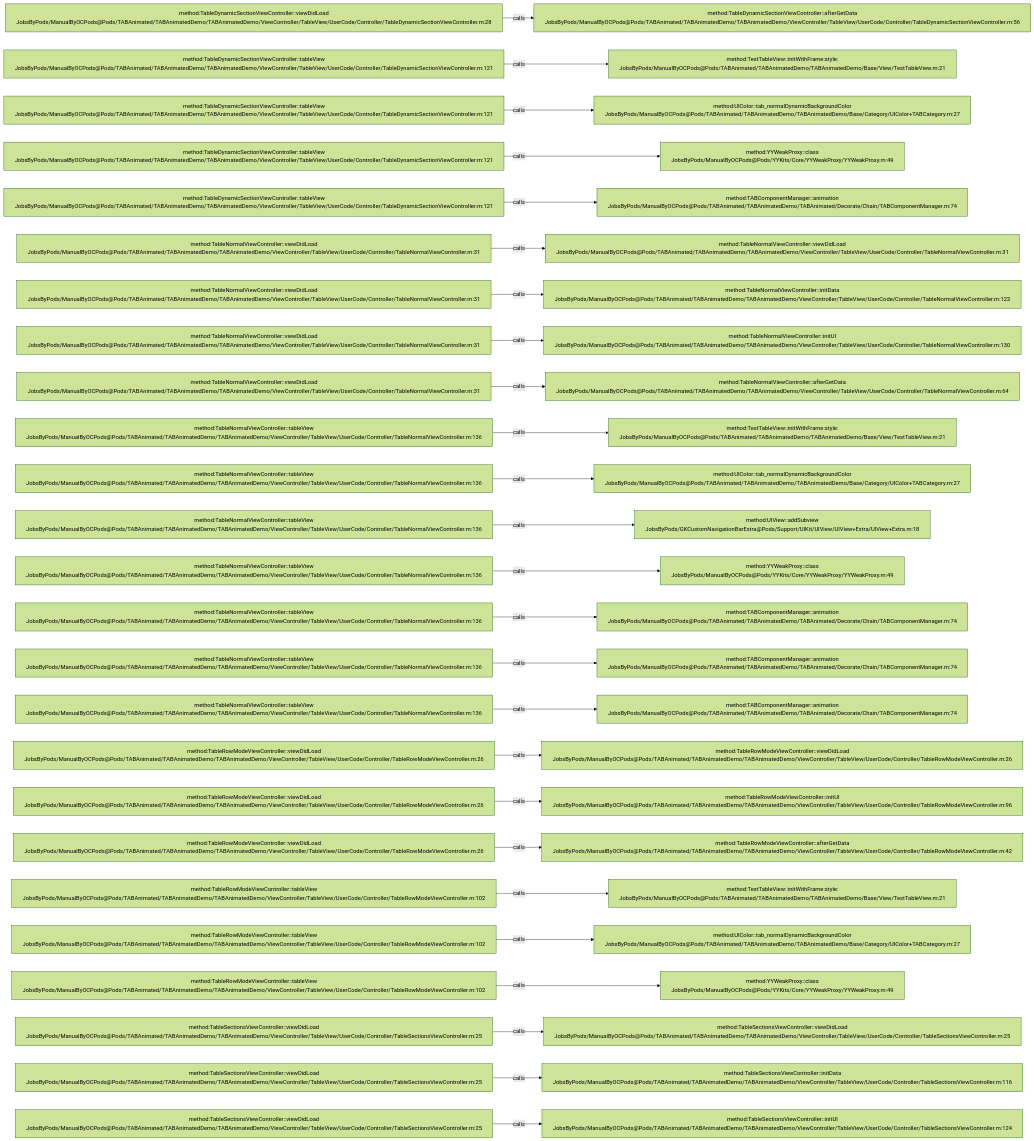
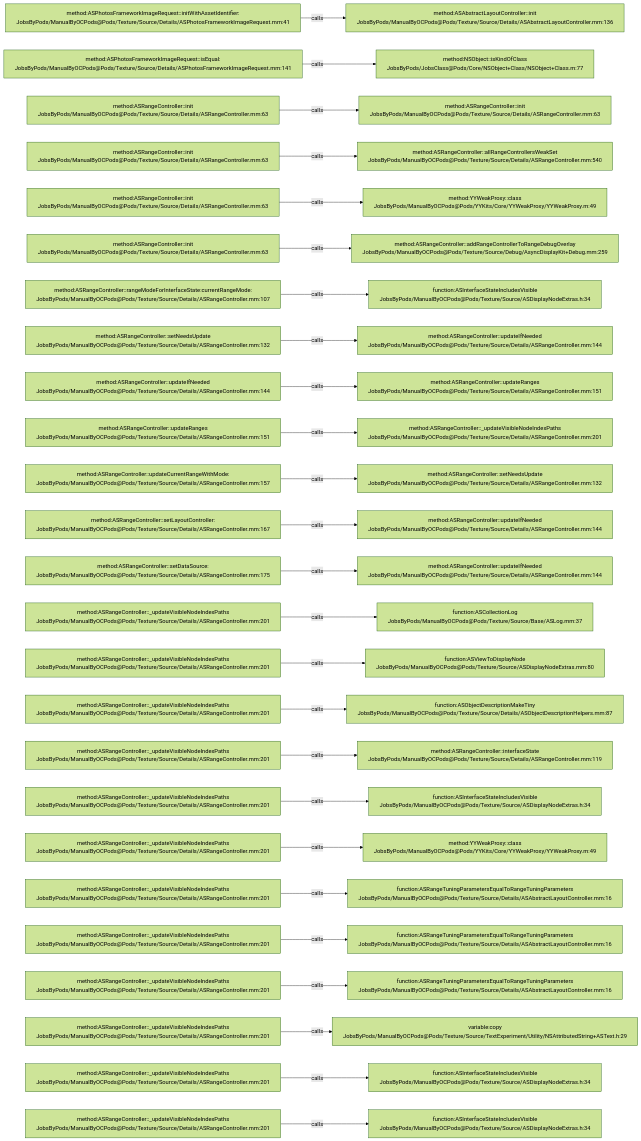
One commit to JobsKits/JobsOCBaseConfigDemo changed the diagram in .codegraph/codegraph.md/graphs/calls-171.md. Above: the diagram before and after it, drawn with Mermaid (forest theme). The commit also changed 2162 other files, not shown here.

````diff
--- a/.codegraph/codegraph.md/graphs/calls-171.md
+++ b/.codegraph/codegraph.md/graphs/calls-171.md
@@ -13,78 +13,78 @@
 ```mermaid
 flowchart LR
-  S1["method:TableDynamicSectionViewController::viewDidLoad<br/>JobsByPods/ManualByOCPods@Pods/TABAnimated/TABAnimatedDemo/TABAnimatedDemo/ViewController/TableView/UserCode/Controller/TableDynamicSectionViewController.m:28"]
-  T1["method:TableDynamicSectionViewController::afterGetData<br/>JobsByPods/ManualByOCPods@Pods/TABAnimated/TABAnimatedDemo/TABAnimatedDemo/ViewController/TableView/UserCode/Controller/TableDynamicSectionViewController.m:56"]
+  S1["method:ASPhotosFrameworkImageRequest::initWithAssetIdentifier:<br/>JobsByPods/ManualByOCPods@Pods/Texture/Source/Details/ASPhotosFrameworkImageRequest.mm:41"]
+  T1["method:ASAbstractLayoutController::init<br/>JobsByPods/ManualByOCPods@Pods/Texture/Source/Details/ASAbstractLayoutController.mm:136"]
   S1 -->|calls| T1
-  S2["method:TableDynamicSectionViewController::tableView<br/>JobsByPods/ManualByOCPods@Pods/TABAnimated/TABAnimatedDemo/TABAnimatedDemo/ViewController/TableView/UserCode/Controller/TableDynamicSectionViewController.m:121"]
-  T2["method:TestTableView::initWithFrame:style:<br/>JobsByPods/ManualByOCPods@Pods/TABAnimated/TABAnimatedDemo/TABAnimatedDemo/Base/View/TestTableView.m:21"]
+  S2["method:ASPhotosFrameworkImageRequest::isEqual:<br/>JobsByPods/ManualByOCPods@Pods/Texture/Source/Details/ASPhotosFrameworkImageRequest.mm:141"]
+  T2["method:NSObject::isKindOfClass<br/>JobsByPods/JobsClass@Pods/Core/NSObject+Class/NSObject+Class.m:77"]
   S2 -->|calls| T2
-  S3["method:TableDynamicSectionViewController::tableView<br/>JobsByPods/ManualByOCPods@Pods/TABAnimated/TABAnimatedDemo/TABAnimatedDemo/ViewController/TableView/UserCode/Controller/TableDynamicSectionViewController.m:121"]
-  T3["method:UIColor::tab_normalDynamicBackgroundColor<br/>JobsByPods/ManualByOCPods@Pods/TABAnimated/TABAnimatedDemo/TABAnimatedDemo/Base/Category/UIColor+TABCategory.m:27"]
+  S3["method:ASRangeController::init<br/>JobsByPods/ManualByOCPods@Pods/Texture/Source/Details/ASRangeController.mm:63"]
+  T3["method:ASRangeController::init<br/>JobsByPods/ManualByOCPods@Pods/Texture/Source/Details/ASRangeController.mm:63"]
   S3 -->|calls| T3
-  S4["method:TableDynamicSectionViewController::tableView<br/>JobsByPods/ManualByOCPods@Pods/TABAnimated/TABAnimatedDemo/TABAnimatedDemo/ViewController/TableView/UserCode/Controller/TableDynamicSectionViewController.m:121"]
-  T4["method:YYWeakProxy::class<br/>JobsByPods/ManualByOCPods@Pods/YYKits/Core/YYWeakProxy/YYWeakProxy.m:49"]
+  S4["method:ASRangeController::init<br/>JobsByPods/ManualByOCPods@Pods/Texture/Source/Details/ASRangeController.mm:63"]
+  T4["method:ASRangeController::allRangeControllersWeakSet<br/>JobsByPods/ManualByOCPods@Pods/Texture/Source/Details/ASRangeController.mm:540"]
   S4 -->|calls| T4
-  S5["method:TableDynamicSectionViewController::tableView<br/>JobsByPods/ManualByOCPods@Pods/TABAnimated/TABAnimatedDemo/TABAnimatedDemo/ViewController/TableView/UserCode/Controller/TableDynamicSectionViewController.m:121"]
-  T5["method:TABComponentManager::animation<br/>JobsByPods/ManualByOCPods@Pods/TABAnimated/TABAnimatedDemo/TABAnimated/Decorate/Chain/TABComponentManager.m:74"]
+  S5["method:ASRangeController::init<br/>JobsByPods/ManualByOCPods@Pods/Texture/Source/Details/ASRangeController.mm:63"]
+  T5["method:YYWeakProxy::class<br/>JobsByPods/ManualByOCPods@Pods/YYKits/Core/YYWeakProxy/YYWeakProxy.m:49"]
   S5 -->|calls| T5
-  S6["method:TableNormalViewController::viewDidLoad<br/>JobsByPods/ManualByOCPods@Pods/TABAnimated/TABAnimatedDemo/TABAnimatedDemo/ViewController/TableView/UserCode/Controller/TableNormalViewController.m:31"]
-  T6["method:TableNormalViewController::viewDidLoad<br/>JobsByPods/ManualByOCPods@Pods/TABAnimated/TABAnimatedDemo/TABAnimatedDemo/ViewController/TableView/UserCode/Controller/TableNormalViewController.m:31"]
+  S6["method:ASRangeController::init<br/>JobsByPods/ManualByOCPods@Pods/Texture/Source/Details/ASRangeController.mm:63"]
+  T6["method:ASRangeController::addRangeControllerToRangeDebugOverlay<br/>JobsByPods/ManualByOCPods@Pods/Texture/Source/Debug/AsyncDisplayKit+Debug.mm:259"]
   S6 -->|calls| T6
-  S7["method:TableNormalViewController::viewDidLoad<br/>JobsByPods/ManualByOCPods@Pods/TABAnimated/TABAnimatedDemo/TABAnimatedDemo/ViewController/TableView/UserCode/Controller/TableNormalViewController.m:31"]
-  T7["method:TableNormalViewController::initData<br/>JobsByPods/ManualByOCPods@Pods/TABAnimated/TABAnimatedDemo/TABAnimatedDemo/ViewController/TableView/UserCode/Controller/TableNormalViewController.m:122"]
+  S7["method:ASRangeController::rangeModeForInterfaceState:currentRangeMode:<br/>JobsByPods/ManualByOCPods@Pods/Texture/Source/Details/ASRangeController.mm:107"]
+  T7["function:ASInterfaceStateIncludesVisible<br/>JobsByPods/ManualByOCPods@Pods/Texture/Source/ASDisplayNodeExtras.h:34"]
   S7 -->|calls| T7
-  S8["method:TableNormalViewController::viewDidLoad<br/>JobsByPods/ManualByOCPods@Pods/TABAnimated/TABAnimatedDemo/TABAnimatedDemo/ViewController/TableView/UserCode/Controller/TableNormalViewController.m:31"]
-  T8["method:TableNormalViewController::initUI<br/>JobsByPods/ManualByOCPods@Pods/TABAnimated/TABAnimatedDemo/TABAnimatedDemo/ViewController/TableView/UserCode/Controller/TableNormalViewController.m:130"]
+  S8["method:ASRangeController::setNeedsUpdate<br/>JobsByPods/ManualByOCPods@Pods/Texture/Source/Details/ASRangeController.mm:132"]
+  T8["method:ASRangeController::updateIfNeeded<br/>JobsByPods/ManualByOCPods@Pods/Texture/Source/Details/ASRangeController.mm:144"]
   S8 -->|calls| T8
-  S9["method:TableNormalViewController::viewDidLoad<br/>JobsByPods/ManualByOCPods@Pods/TABAnimated/TABAnimatedDemo/TABAnimatedDemo/ViewController/TableView/UserCode/Controller/TableNormalViewController.m:31"]
-  T9["method:TableNormalViewController::afterGetData<br/>JobsByPods/ManualByOCPods@Pods/TABAnimated/TABAnimatedDemo/TABAnimatedDemo/ViewController/TableView/UserCode/Controller/TableNormalViewController.m:64"]
+  S9["method:ASRangeController::updateIfNeeded<br/>JobsByPods/ManualByOCPods@Pods/Texture/Source/Details/ASRangeController.mm:144"]
+  T9["method:ASRangeController::updateRanges<br/>JobsByPods/ManualByOCPods@Pods/Texture/Source/Details/ASRangeController.mm:151"]
   S9 -->|calls| T9
-  S10["method:TableNormalViewController::tableView<br/>JobsByPods/ManualByOCPods@Pods/TABAnimated/TABAnimatedDemo/TABAnimatedDemo/ViewController/TableView/UserCode/Controller/TableNormalViewController.m:136"]
-  T10["method:TestTableView::initWithFrame:style:<br/>JobsByPods/ManualByOCPods@Pods/TABAnimated/TABAnimatedDemo/TABAnimatedDemo/Base/View/TestTableView.m:21"]
+  S10["method:ASRangeController::updateRanges<br/>JobsByPods/ManualByOCPods@Pods/Texture/Source/Details/ASRangeController.mm:151"]
+  T10["method:ASRangeController::_updateVisibleNodeIndexPaths<br/>JobsByPods/ManualByOCPods@Pods/Texture/Source/Details/ASRangeController.mm:201"]
   S10 -->|calls| T10
-  S11["method:TableNormalViewController::tableView<br/>JobsByPods/ManualByOCPods@Pods/TABAnimated/TABAnimatedDemo/TABAnimatedDemo/ViewController/TableView/UserCode/Controller/TableNormalViewController.m:136"]
-  T11["method:UIColor::tab_normalDynamicBackgroundColor<br/>JobsByPods/ManualByOCPods@Pods/TABAnimated/TABAnimatedDemo/TABAnimatedDemo/Base/Category/UIColor+TABCategory.m:27"]
+  S11["method:ASRangeController::updateCurrentRangeWithMode:<br/>JobsByPods/ManualByOCPods@Pods/Texture/Source/Details/ASRangeController.mm:157"]
+  T11["method:ASRangeController::setNeedsUpdate<br/>JobsByPods/ManualByOCPods@Pods/Texture/Source/Details/ASRangeController.mm:132"]
   S11 -->|calls| T11
-  S12["method:TableNormalViewController::tableView<br/>JobsByPods/ManualByOCPods@Pods/TABAnimated/TABAnimatedDemo/TABAnimatedDemo/ViewController/TableView/UserCode/Controller/TableNormalViewController.m:136"]
-  T12["method:UIView::addSubview<br/>JobsByPods/GKCustomNavigationBarExtra@Pods/Support/UIKit/UIView/UIView+Extra/UIView+Extra.m:18"]
+  S12["method:ASRangeController::setLayoutController:<br/>JobsByPods/ManualByOCPods@Pods/Texture/Source/Details/ASRangeController.mm:167"]
+  T12["method:ASRangeController::updateIfNeeded<br/>JobsByPods/ManualByOCPods@Pods/Texture/Source/Details/ASRangeController.mm:144"]
   S12 -->|calls| T12
-  S13["method:TableNormalViewController::tableView<br/>JobsByPods/ManualByOCPods@Pods/TABAnimated/TABAnimatedDemo/TABAnimatedDemo/ViewController/TableView/UserCode/Controller/TableNormalViewController.m:136"]
-  T13["method:YYWeakProxy::class<br/>JobsByPods/ManualByOCPods@Pods/YYKits/Core/YYWeakProxy/YYWeakProxy.m:49"]
+  S13["method:ASRangeController::setDataSource:<br/>JobsByPods/ManualByOCPods@Pods/Texture/Source/Details/ASRangeController.mm:175"]
+  T13["method:ASRangeController::updateIfNeeded<br/>JobsByPods/ManualByOCPods@Pods/Texture/Source/Details/ASRangeController.mm:144"]
   S13 -->|calls| T13
-  S14["method:TableNormalViewController::tableView<br/>JobsByPods/ManualByOCPods@Pods/TABAnimated/TABAnimatedDemo/TABAnimatedDemo/ViewController/TableView/UserCode/Controller/TableNormalViewController.m:136"]
-  T14["method:TABComponentManager::animation<br/>JobsByPods/ManualByOCPods@Pods/TABAnimated/TABAnimatedDemo/TABAnimated/Decorate/Chain/TABComponentManager.m:74"]
+  S14["method:ASRangeController::_updateVisibleNodeIndexPaths<br/>JobsByPods/ManualByOCPods@Pods/Texture/Source/Details/ASRangeController.mm:201"]
+  T14["function:ASCollectionLog<br/>JobsByPods/ManualByOCPods@Pods/Texture/Source/Base/ASLog.mm:37"]
   S14 -->|calls| T14
-  S15["method:TableNormalViewController::tableView<br/>JobsByPods/ManualByOCPods@Pods/TABAnimated/TABAnimatedDemo/TABAnimatedDemo/ViewController/TableView/UserCode/Controller/TableNormalViewController.m:136"]
-  T15["method:TABComponentManager::animation<br/>JobsByPods/ManualByOCPods@Pods/TABAnimated/TABAnimatedDemo/TABAnimated/Decorate/Chain/TABComponentManager.m:74"]
+  S15["method:ASRangeController::_updateVisibleNodeIndexPaths<br/>JobsByPods/ManualByOCPods@Pods/Texture/Source/Details/ASRangeController.mm:201"]
+  T15["function:ASViewToDisplayNode<br/>JobsByPods/ManualByOCPods@Pods/Texture/Source/ASDisplayNodeExtras.mm:80"]
   S15 -->|calls| T15
-  S16["method:TableNormalViewController::tableView<br/>JobsByPods/ManualByOCPods@Pods/TABAnimated/TABAnimatedDemo/TABAnimatedDemo/ViewController/TableView/UserCode/Controller/TableNormalViewController.m:136"]
-  T16["method:TABComponentManager::animation<br/>JobsByPods/ManualByOCPods@Pods/TABAnimated/TABAnimatedDemo/TABAnimated/Decorate/Chain/TABComponentManager.m:74"]
+  S16["method:ASRangeController::_updateVisibleNodeIndexPaths<br/>JobsByPods/ManualByOCPods@Pods/Texture/Source/Details/ASRangeController.mm:201"]
+  T16["function:ASObjectDescriptionMakeTiny<br/>JobsByPods/ManualByOCPods@Pods/Texture/Source/Details/ASObjectDescriptionHelpers.mm:87"]
   S16 -->|calls| T16
-  S17["method:TableRowModeViewController::viewDidLoad<br/>JobsByPods/ManualByOCPods@Pods/TABAnimated/TABAnimatedDemo/TABAnimatedDemo/ViewController/TableView/UserCode/Controller/TableRowModeViewController.m:26"]
-  T17["method:TableRowModeViewController::viewDidLoad<br/>JobsByPods/ManualByOCPods@Pods/TABAnimated/TABAnimatedDemo/TABAnimatedDemo/ViewController/TableView/UserCode/Controller/TableRowModeViewController.m:26"]
+  S17["method:ASRangeController::_updateVisibleNodeIndexPaths<br/>JobsByPods/ManualByOCPods@Pods/Texture/Source/Details/ASRangeController.mm:201"]
+  T17["method:ASRangeController::interfaceState<br/>JobsByPods/ManualByOCPods@Pods/Texture/Source/Details/ASRangeController.mm:119"]
   S17 -->|calls| T17
-  S18["method:TableRowModeViewController::viewDidLoad<br/>JobsByPods/ManualByOCPods@Pods/TABAnimated/TABAnimatedDemo/TABAnimatedDemo/ViewController/TableView/UserCode/Controller/TableRowModeViewController.m:26"]
-  T18["method:TableRowModeViewController::initUI<br/>JobsByPods/ManualByOCPods@Pods/TABAnimated/TABAnimatedDemo/TABAnimatedDemo/ViewController/TableView/UserCode/Controller/TableRowModeViewController.m:96"]
+  S18["method:ASRangeController::_updateVisibleNodeIndexPaths<br/>JobsByPods/ManualByOCPods@Pods/Texture/Source/Details/ASRangeController.mm:201"]
+  T18["function:ASInterfaceStateIncludesVisible<br/>JobsByPods/ManualByOCPods@Pods/Texture/Source/ASDisplayNodeExtras.h:34"]
   S18 -->|calls| T18
-  S19["method:TableRowModeViewController::viewDidLoad<br/>JobsByPods/ManualByOCPods@Pods/TABAnimated/TABAnimatedDemo/TABAnimatedDemo/ViewController/TableView/UserCode/Controller/TableRowModeViewController.m:26"]
-  T19["method:TableRowModeViewController::afterGetData<br/>JobsByPods/ManualByOCPods@Pods/TABAnimated/TABAnimatedDemo/TABAnimatedDemo/ViewController/TableView/UserCode/Controller/TableRowModeViewController.m:42"]
+  S19["method:ASRangeController::_updateVisibleNodeIndexPaths<br/>JobsByPods/ManualByOCPods@Pods/Texture/Source/Details/ASRangeController.mm:201"]
+  T19["method:YYWeakProxy::class<br/>JobsByPods/ManualByOCPods@Pods/YYKits/Core/YYWeakProxy/YYWeakProxy.m:49"]
   S19 -->|calls| T19
-  S20["method:TableRowModeViewController::tableView<br/>JobsByPods/ManualByOCPods@Pods/TABAnimated/TABAnimatedDemo/TABAnimatedDemo/ViewController/TableView/UserCode/Controller/TableRowModeViewController.m:102"]
-  T20["method:TestTableView::initWithFrame:style:<br/>JobsByPods/ManualByOCPods@Pods/TABAnimated/TABAnimatedDemo/TABAnimatedDemo/Base/View/TestTableView.m:21"]
+  S20["method:ASRangeController::_updateVisibleNodeIndexPaths<br/>JobsByPods/ManualByOCPods@Pods/Texture/Source/Details/ASRangeController.mm:201"]
+  T20["function:ASRangeTuningParametersEqualToRangeTuningParameters<br/>JobsByPods/ManualByOCPods@Pods/Texture/Source/Details/ASAbstractLayoutController.mm:16"]
   S20 -->|calls| T20
-  S21["method:TableRowModeViewController::tableView<br/>JobsByPods/ManualByOCPods@Pods/TABAnimated/TABAnimatedDemo/TABAnimatedDemo/ViewController/TableView/UserCode/Controller/TableRowModeViewController.m:102"]
-  T21["method:UIColor::tab_normalDynamicBackgroundColor<br/>JobsByPods/ManualByOCPods@Pods/TABAnimated/TABAnimatedDemo/TABAnimatedDemo/Base/Category/UIColor+TABCategory.m:27"]
+  S21["method:ASRangeController::_updateVisibleNodeIndexPaths<br/>JobsByPods/ManualByOCPods@Pods/Texture/Source/Details/ASRangeController.mm:201"]
+  T21["function:ASRangeTuningParametersEqualToRangeTuningParameters<br/>JobsByPods/ManualByOCPods@Pods/Texture/Source/Details/ASAbstractLayoutController.mm:16"]
   S21 -->|calls| T21
-  S22["method:TableRowModeViewController::tableView<br/>JobsByPods/ManualByOCPods@Pods/TABAnimated/TABAnimatedDemo/TABAnimatedDemo/ViewController/TableView/UserCode/Controller/TableRowModeViewController.m:102"]
-  T22["method:YYWeakProxy::class<br/>JobsByPods/ManualByOCPods@Pods/YYKits/Core/YYWeakProxy/YYWeakProxy.m:49"]
+  S22["method:ASRangeController::_updateVisibleNodeIndexPaths<br/>JobsByPods/ManualByOCPods@Pods/Texture/Source/Details/ASRangeController.mm:201"]
+  T22["function:ASRangeTuningParametersEqualToRangeTuningParameters<br/>JobsByPods/ManualByOCPods@Pods/Texture/Source/Details/ASAbstractLayoutController.mm:16"]
   S22 -->|calls| T22
-  S23["method:TableSectionsViewController::viewDidLoad<br/>JobsByPods/ManualByOCPods@Pods/TABAnimated/TABAnimatedDemo/TABAnimatedDemo/ViewController/TableView/UserCode/Controller/TableSectionsViewController.m:25"]
-  T23["method:TableSectionsViewController::viewDidLoad<br/>JobsByPods/ManualByOCPods@Pods/TABAnimated/TABAnimatedDemo/TABAnimatedDemo/ViewController/TableView/UserCode/Controller/TableSectionsViewController.m:25"]
+  S23["method:ASRangeController::_updateVisibleNodeIndexPaths<br/>JobsByPods/ManualByOCPods@Pods/Texture/Source/Details/ASRangeController.mm:201"]
+  T23["variable:copy<br/>JobsByPods/ManualByOCPods@Pods/Texture/Source/TextExperiment/Utility/NSAttributedString+ASText.h:29"]
   S23 -->|calls| T23
-  S24["method:TableSectionsViewController::viewDidLoad<br/>JobsByPods/ManualByOCPods@Pods/TABAnimated/TABAnimatedDemo/TABAnimatedDemo/ViewController/TableView/UserCode/Controller/TableSectionsViewController.m:25"]
-  T24["method:TableSectionsViewController::initData<br/>JobsByPods/ManualByOCPods@Pods/TABAnimated/TABAnimatedDemo/TABAnimatedDemo/ViewController/TableView/UserCode/Controller/TableSectionsViewController.m:116"]
+  S24["method:ASRangeController::_updateVisibleNodeIndexPaths<br/>JobsByPods/ManualByOCPods@Pods/Texture/Source/Details/ASRangeController.mm:201"]
+  T24["function:ASInterfaceStateIncludesVisible<br/>JobsByPods/ManualByOCPods@Pods/Texture/Source/ASDisplayNodeExtras.h:34"]
   S24 -->|calls| T24
-  S25["method:TableSectionsViewController::viewDidLoad<br/>JobsByPods/ManualByOCPods@Pods/TABAnimated/TABAnimatedDemo/TABAnimatedDemo/ViewController/TableView/UserCode/Controller/TableSectionsViewController.m:25"]
-  T25["method:TableSectionsViewController::initUI<br/>JobsByPods/ManualByOCPods@Pods/TABAnimated/TABAnimatedDemo/TABAnimatedDemo/ViewController/TableView/UserCode/Controller/TableSectionsViewController.m:124"]
+  S25["method:ASRangeController::_updateVisibleNodeIndexPaths<br/>JobsByPods/ManualByOCPods@Pods/Texture/Source/Details/ASRangeController.mm:201"]
+  T25["function:ASInterfaceStateIncludesVisible<br/>JobsByPods/ManualByOCPods@Pods/Texture/Source/ASDisplayNodeExtras.h:34"]
   S25 -->|calls| T25
 ```
````
